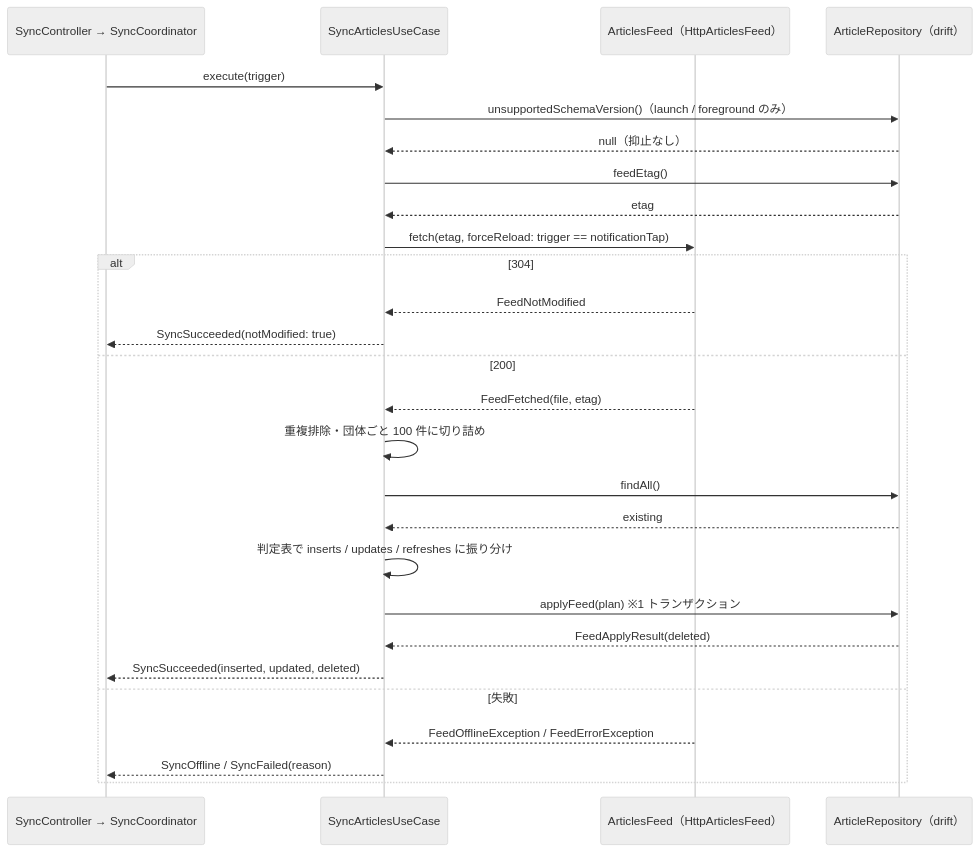
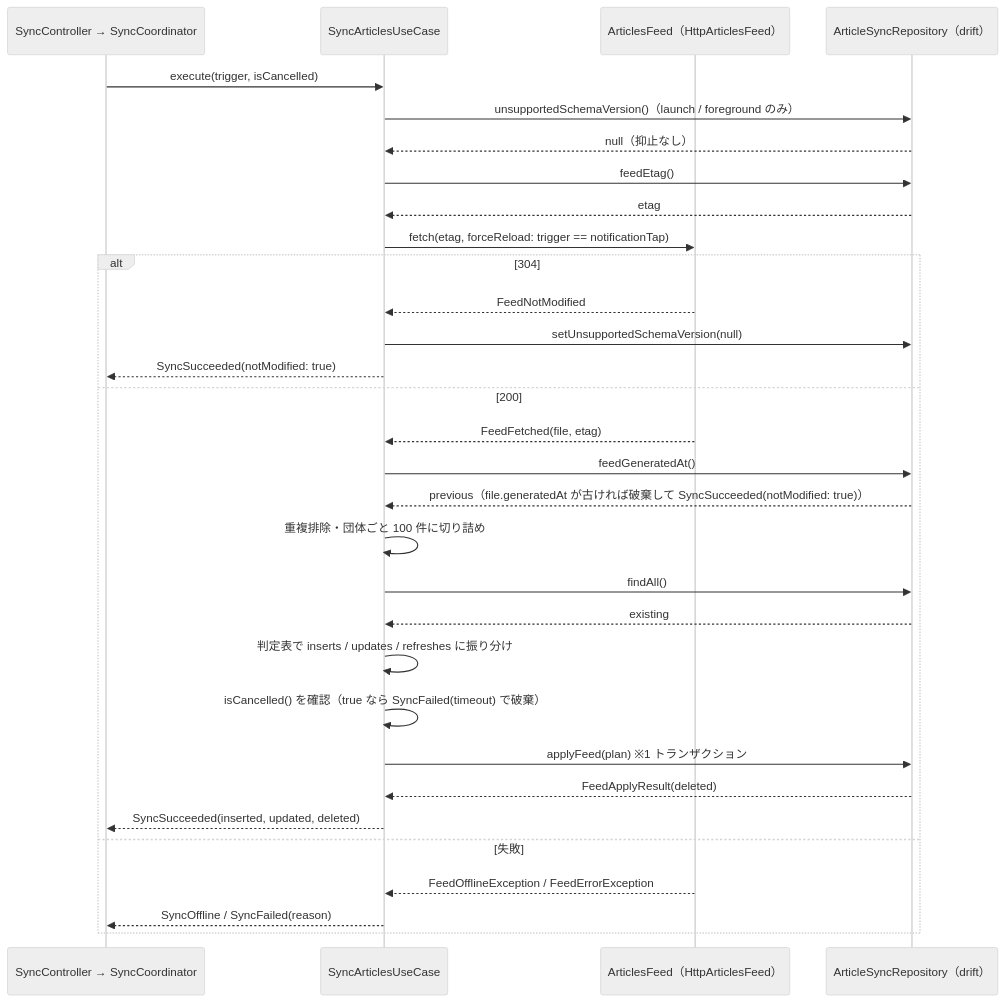
One commit to sss-kato/curtaincall changed the second of 2 diagrams in docs/design/D-04.md. Above: the diagram before and after it, drawn with Mermaid (neutral theme). The commit also changed other lines of this file, not shown here.

````diff
--- a/docs/design/D-04.md
+++ b/docs/design/D-04.md
@@ -913,29 +958,33 @@
 ```mermaid
 sequenceDiagram
   participant C as SyncController → SyncCoordinator
   participant U as SyncArticlesUseCase
   participant F as ArticlesFeed（HttpArticlesFeed）
-  participant R as ArticleRepository（drift）
-  C->>U: execute(trigger)
+  participant R as ArticleSyncRepository（drift）
+  C->>U: execute(trigger, isCancelled)
   U->>R: unsupportedSchemaVersion()（launch / foreground のみ）
   R-->>U: null（抑止なし）
   U->>R: feedEtag()
   R-->>U: etag
   U->>F: fetch(etag, forceReload: trigger == notificationTap)
   alt 304
     F-->>U: FeedNotModified
+    U->>R: setUnsupportedSchemaVersion(null)
     U-->>C: SyncSucceeded(notModified: true)
   else 200
     F-->>U: FeedFetched(file, etag)
+    U->>R: feedGeneratedAt()
+    R-->>U: previous（file.generatedAt が古ければ破棄して SyncSucceeded(notModified: true)）
     U->>U: 重複排除・団体ごと 100 件に切り詰め
     U->>R: findAll()
     R-->>U: existing
     U->>U: 判定表で inserts / updates / refreshes に振り分け
+    U->>U: isCancelled() を確認（true なら SyncFailed(timeout) で破棄）
     U->>R: applyFeed(plan)  ※1 トランザクション
     R-->>U: FeedApplyResult(deleted)
     U-->>C: SyncSucceeded(inserted, updated, deleted)
   else 失敗
     F-->>U: FeedOfflineException / FeedErrorException
     U-->>C: SyncOffline / SyncFailed(reason)
   end
 ```
````
